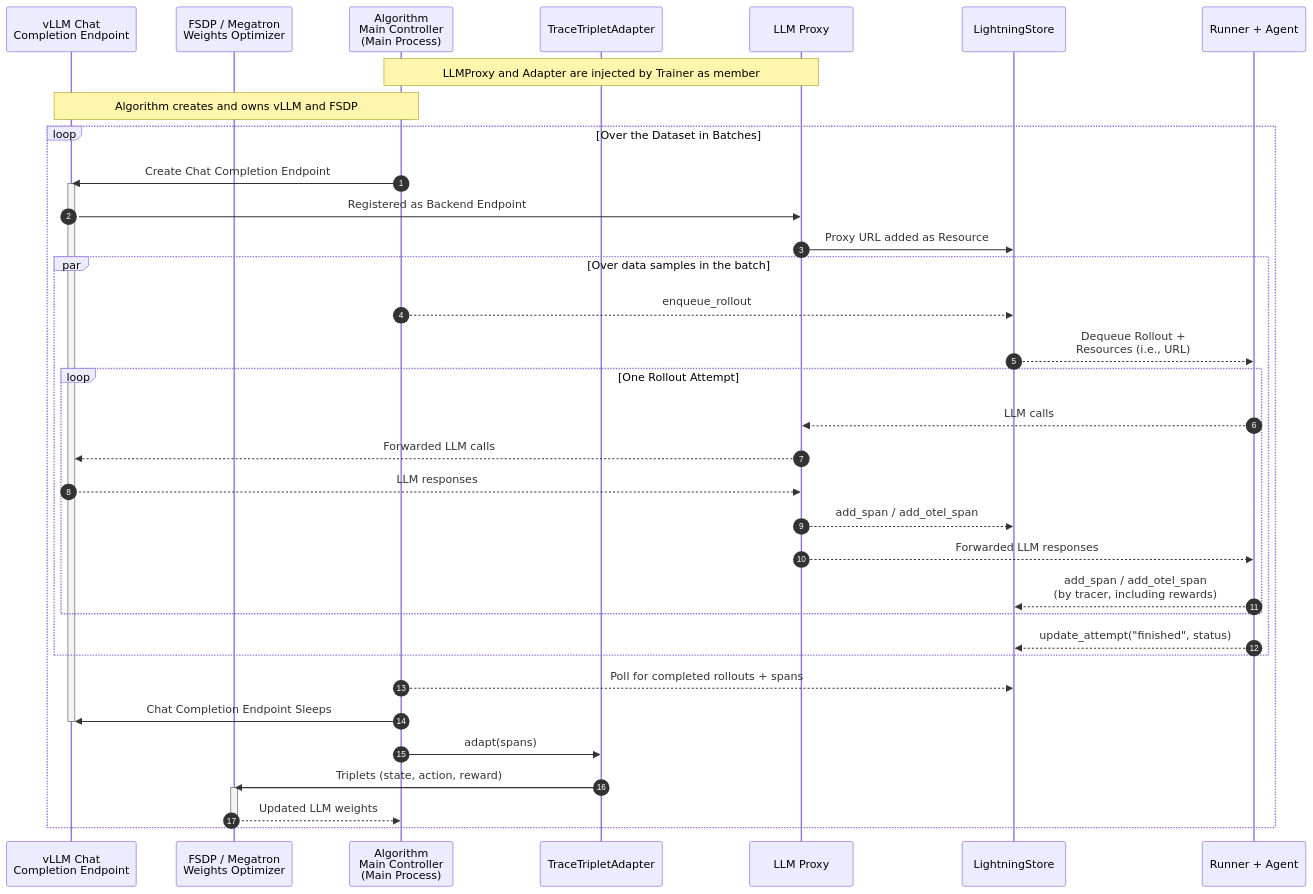
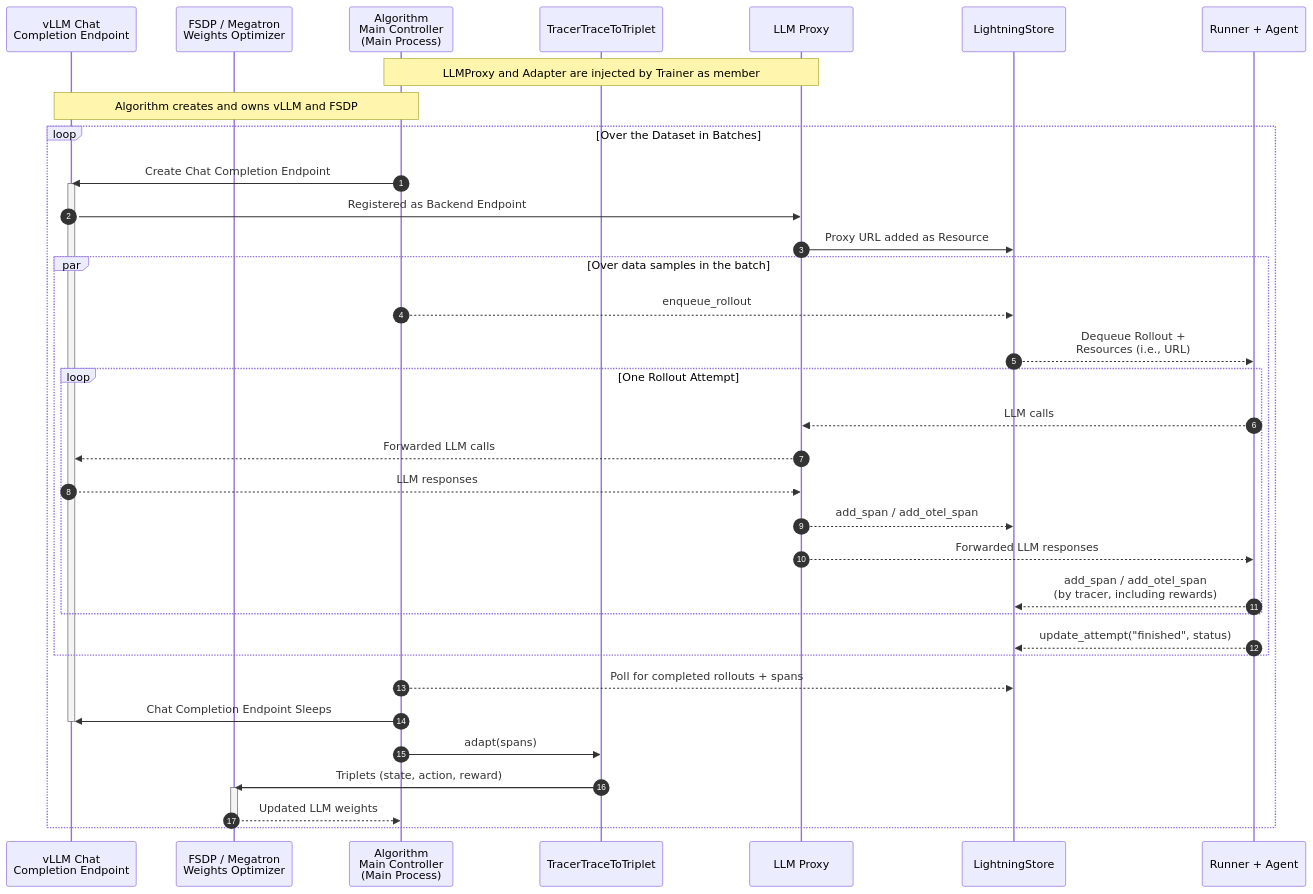
Before and after one commit to microsoft/agent-lightning: the seventh of 11 diagrams in docs/deep-dive/birds-eye-view.md, drawn with Mermaid. The commit also changed other lines of this file and 18 other files, not shown here.

````diff
--- a/docs/deep-dive/birds-eye-view.md
+++ b/docs/deep-dive/birds-eye-view.md
@@ -310,42 +310,42 @@
 ```mermaid
 sequenceDiagram
     autonumber
     participant vLLM as vLLM Chat<br>Completion Endpoint
     participant FSDP as FSDP / Megatron<br>Weights Optimizer
     participant Algo as Algorithm<br>Main Controller<br>(Main Process)
-    participant Adapter as TraceTripletAdapter
+    participant Adapter as TracerTraceToTriplet
     participant LLMProxy as LLM Proxy
     participant Store as LightningStore
     participant Runner as Runner + Agent
 
     Note over Algo,LLMProxy: LLMProxy and Adapter are injected by Trainer as member
     Note over vLLM,Algo: Algorithm creates and owns vLLM and FSDP
 
     loop Over the Dataset in Batches
         Algo->>vLLM: Create Chat Completion Endpoint
         activate vLLM
         vLLM->>LLMProxy: Registered as Backend Endpoint
         LLMProxy->>Store: Proxy URL added as Resource
         par Over data samples in the batch
             Algo-->>Store: enqueue_rollout
             Store-->>Runner: Dequeue Rollout +<br>Resources (i.e., URL)
             loop One Rollout Attempt
                 Runner-->>LLMProxy: LLM calls
                 LLMProxy-->>vLLM: Forwarded LLM calls
                 vLLM-->>LLMProxy: LLM responses
                 LLMProxy-->>Store: add_span / add_otel_span
                 LLMProxy-->>Runner: Forwarded LLM responses
                 Runner-->>Store: add_span / add_otel_span <br> (by tracer, including rewards)
             end
             Runner-->>Store: update_attempt("finished", status)
         end
         Algo-->>Store: Poll for completed rollouts + spans
         Algo->>vLLM: Chat Completion Endpoint Sleeps
         deactivate vLLM
         Algo->>Adapter: adapt(spans)
         Adapter->>FSDP: Triplets (state, action, reward)
         activate FSDP
         FSDP-->>Algo: Updated LLM weights
         deactivate FSDP
     end
 ```
````
